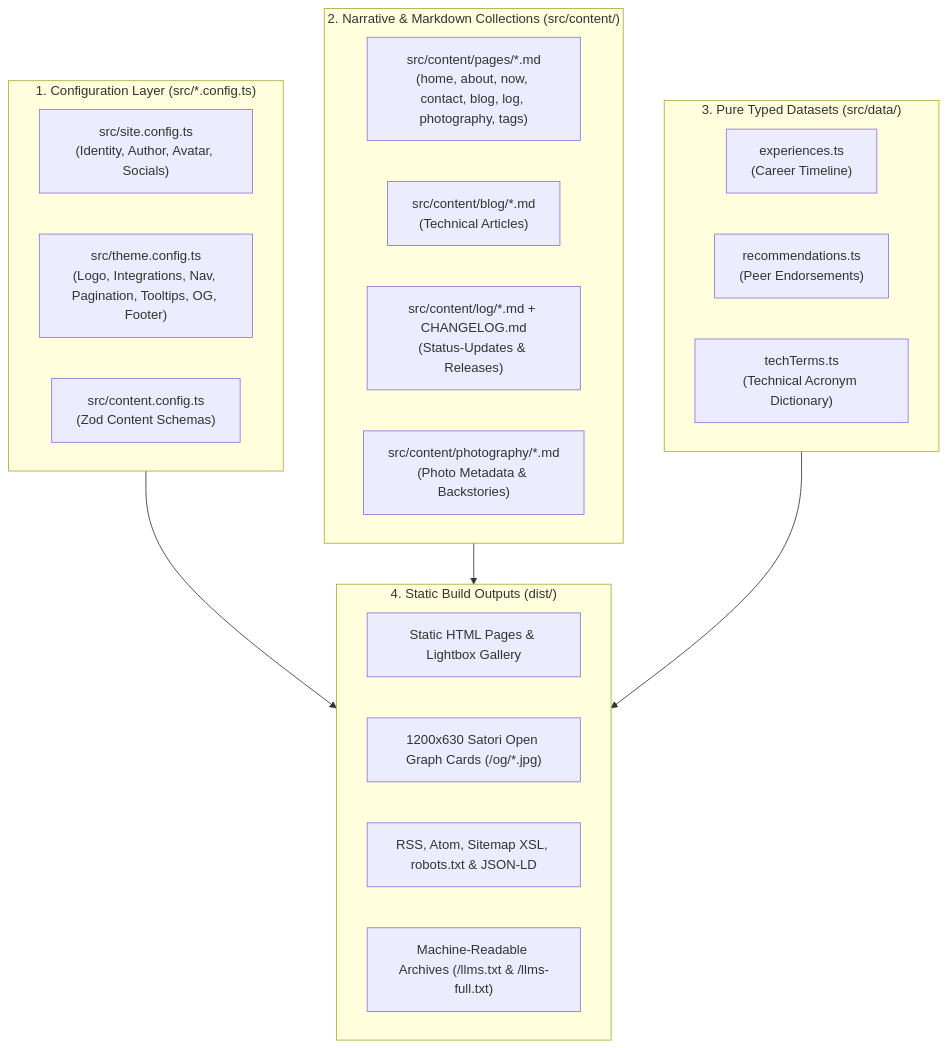
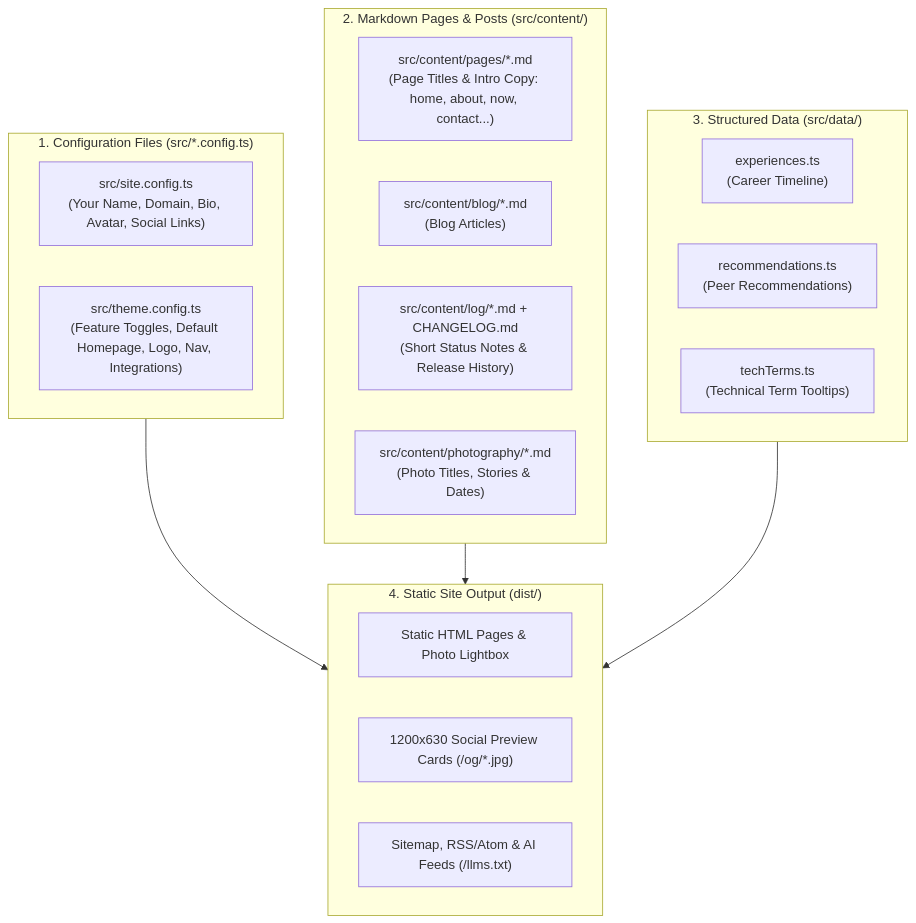
One commit to edstuurman/the-navigator changed the diagram in src/content/blog/2026-11-03-part-1-customizing-this-astro-theme.md. Above: the diagram before and after it, drawn with Mermaid. The commit also changed other lines of this file and 54 other files, not shown here.

````diff
--- a/src/content/blog/2026-11-03-part-1-customizing-this-astro-theme.md
+++ b/src/content/blog/2026-11-03-part-1-customizing-this-astro-theme.md
@@ -30,32 +26,30 @@
 ```mermaid
 flowchart TD
-    subgraph Configs["1. Configuration Layer (src/*.config.ts)"]
-        SC["src/site.config.ts<br/>(Identity, Author, Avatar, Socials)"]
-        TC["src/theme.config.ts<br/>(Logo, Integrations, Nav, Pagination, Tooltips, OG, Footer)"]
-        CC["src/content.config.ts<br/>(Zod Content Schemas)"]
+    subgraph Configs["1. Configuration Files (src/*.config.ts)"]
+        SC["src/site.config.ts<br/>(Your Name, Domain, Bio, Avatar, Social Links)"]
+        TC["src/theme.config.ts<br/>(Feature Toggles, Default Homepage, Logo, Nav, Integrations)"]
     end
 
-    subgraph Content["2. Narrative & Markdown Collections (src/content/)"]
-        PG["src/content/pages/*.md<br/>(home, about, now, contact, blog, log, photography, tags)"]
-        BL["src/content/blog/*.md<br/>(Technical Articles)"]
-        LG["src/content/log/*.md + CHANGELOG.md<br/>(Status-Updates & Releases)"]
-        PH["src/content/photography/*.md<br/>(Photo Metadata & Backstories)"]
+    subgraph Content["2. Markdown Pages & Posts (src/content/)"]
+        PG["src/content/pages/*.md<br/>(Page Titles & Intro Copy: home, about, now, contact...)"]
+        BL["src/content/blog/*.md<br/>(Blog Articles)"]
+        LG["src/content/log/*.md + CHANGELOG.md<br/>(Short Status Notes & Release History)"]
+        PH["src/content/photography/*.md<br/>(Photo Titles, Stories & Dates)"]
     end
 
-    subgraph Data["3. Pure Typed Datasets (src/data/)"]
+    subgraph Data["3. Structured Data (src/data/)"]
         EX["experiences.ts<br/>(Career Timeline)"]
-        RC["recommendations.ts<br/>(Peer Endorsements)"]
-        TT["techTerms.ts<br/>(Technical Acronym Dictionary)"]
+        RC["recommendations.ts<br/>(Peer Recommendations)"]
+        TT["techTerms.ts<br/>(Technical Term Tooltips)"]
     end
 
-    subgraph Outputs["4. Static Build Outputs (dist/)"]
-        HTML["Static HTML Pages & Lightbox Gallery"]
-        OG["1200x630 Satori Open Graph Cards (/og/*.jpg)"]
-        FEEDS["RSS, Atom, Sitemap XSL, robots.txt & JSON-LD"]
-        LLM["Machine-Readable Archives (/llms.txt & /llms-full.txt)"]
+    subgraph Outputs["4. Static Site Output (dist/)"]
+        HTML["Static HTML Pages & Photo Lightbox"]
+        OG["1200x630 Social Preview Cards (/og/*.jpg)"]
+        FEEDS["Sitemap, RSS/Atom & AI Feeds (/llms.txt)"]
     end
 
     Configs --> Outputs
     Content --> Outputs
     Data --> Outputs
 ```
````
